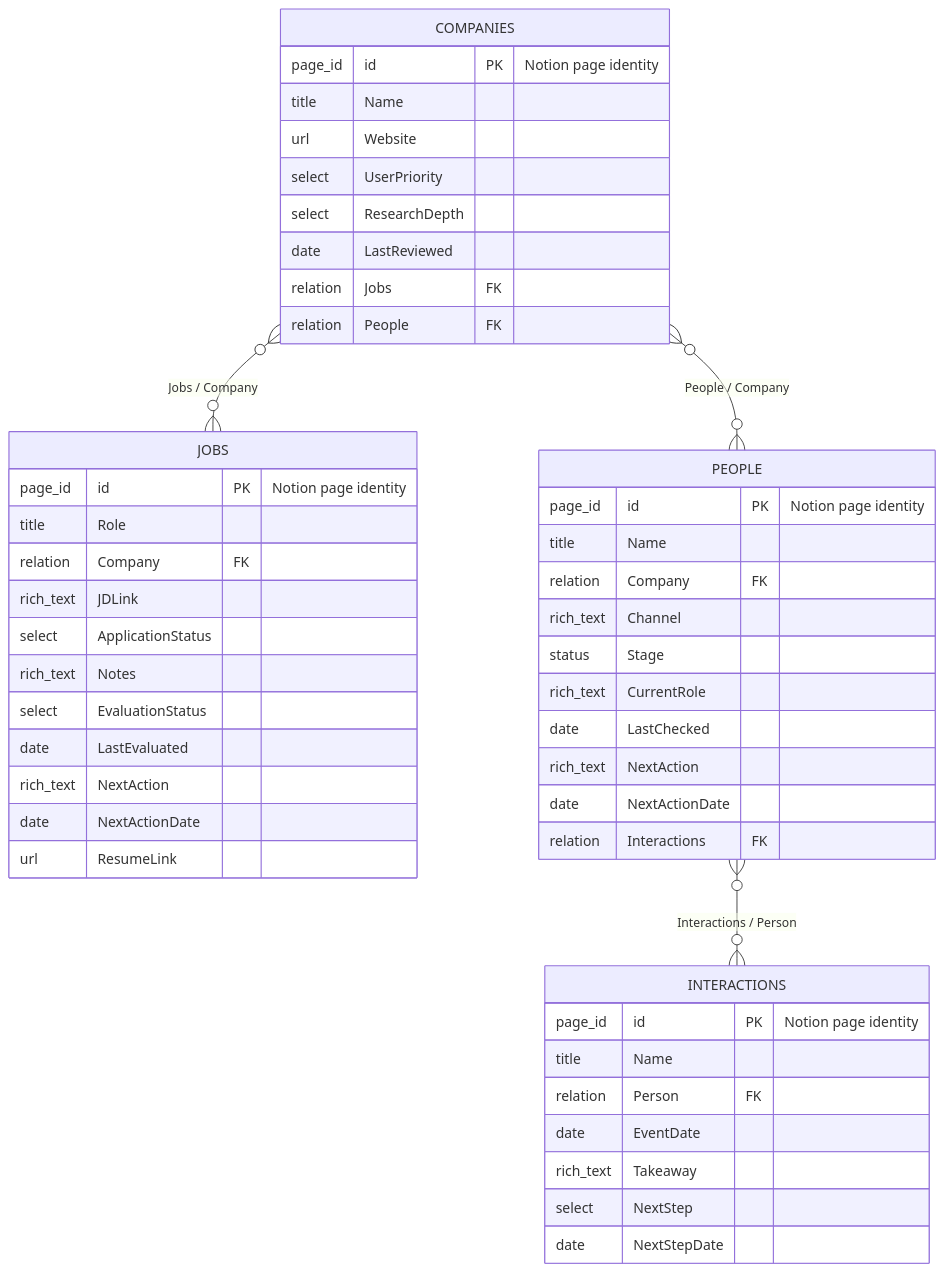
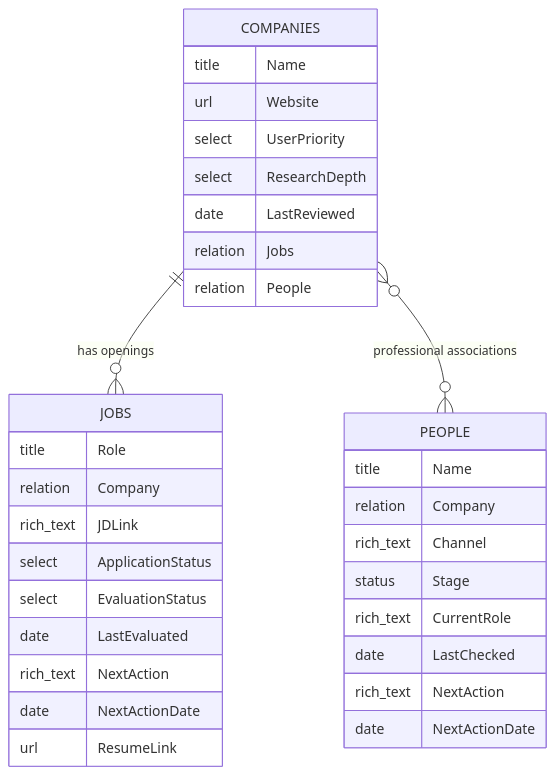
Before and after one commit to hieu-nguyen-nth/personal-recruiting-system: the diagram in docs/database-schema.md, drawn with Mermaid. The commit also changed other lines of this file and 19 other files, not shown here.

Commit message:
Simplify recruiting schema and add generic skill examples

````diff
--- a/docs/database-schema.md
+++ b/docs/database-schema.md
@@ -5,51 +7,36 @@
 ```mermaid
 erDiagram
-    COMPANIES }o--o{ JOBS : "Jobs / Company"
-    COMPANIES }o--o{ PEOPLE : "People / Company"
-    PEOPLE }o--o{ INTERACTIONS : "Interactions / Person"
+    COMPANIES ||--o{ JOBS : "has openings"
+    COMPANIES }o--o{ PEOPLE : "professional associations"
 
     COMPANIES {
-        page_id id PK "Notion page identity"
         title Name
         url Website
         select UserPriority
         select ResearchDepth
         date LastReviewed
-        relation Jobs FK
-        relation People FK
+        relation Jobs
+        relation People
     }
     JOBS {
-        page_id id PK "Notion page identity"
         title Role
-        relation Company FK
+        relation Company
         rich_text JDLink
         select ApplicationStatus
-        rich_text Notes
         select EvaluationStatus
         date LastEvaluated
         rich_text NextAction
         date NextActionDate
         url ResumeLink
     }
     PEOPLE {
-        page_id id PK "Notion page identity"
         title Name
-        relation Company FK
+        relation Company
         rich_text Channel
         status Stage
         rich_text CurrentRole
         date LastChecked
         rich_text NextAction
         date NextActionDate
-        relation Interactions FK
-    }
-    INTERACTIONS {
-        page_id id PK "Notion page identity"
-        title Name
-        relation Person FK
-        date EventDate
-        rich_text Takeaway
-        select NextStep
-        date NextStepDate
     }
 ```
````
